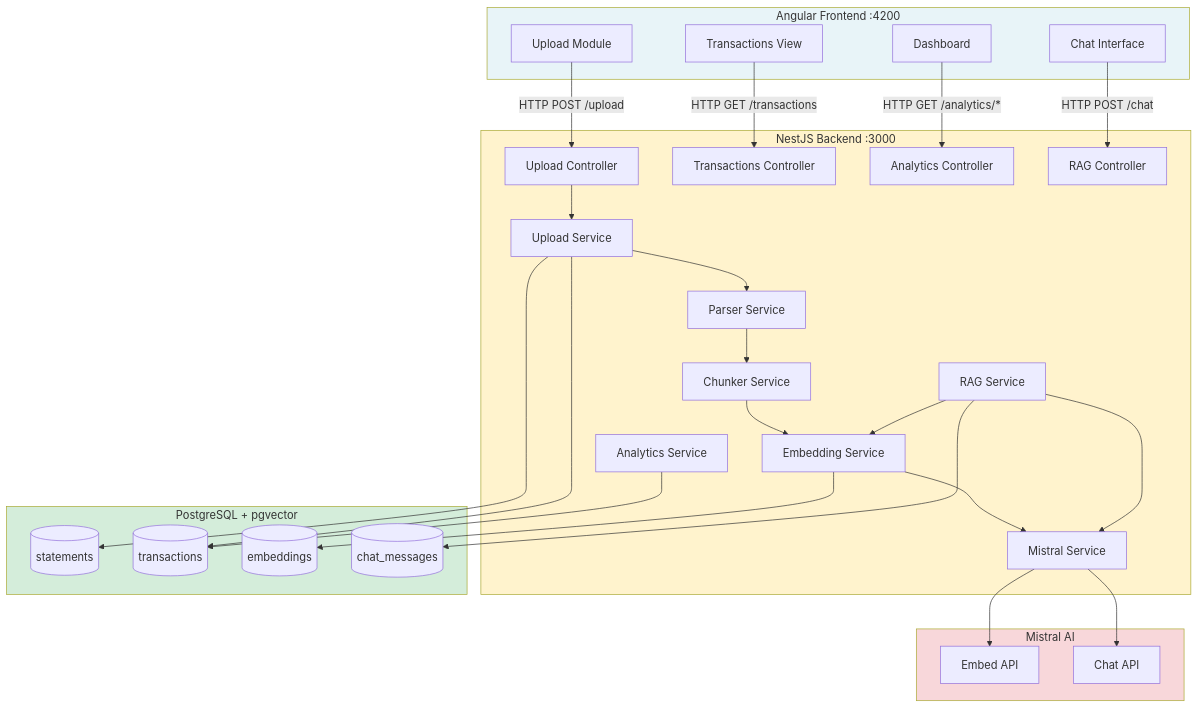
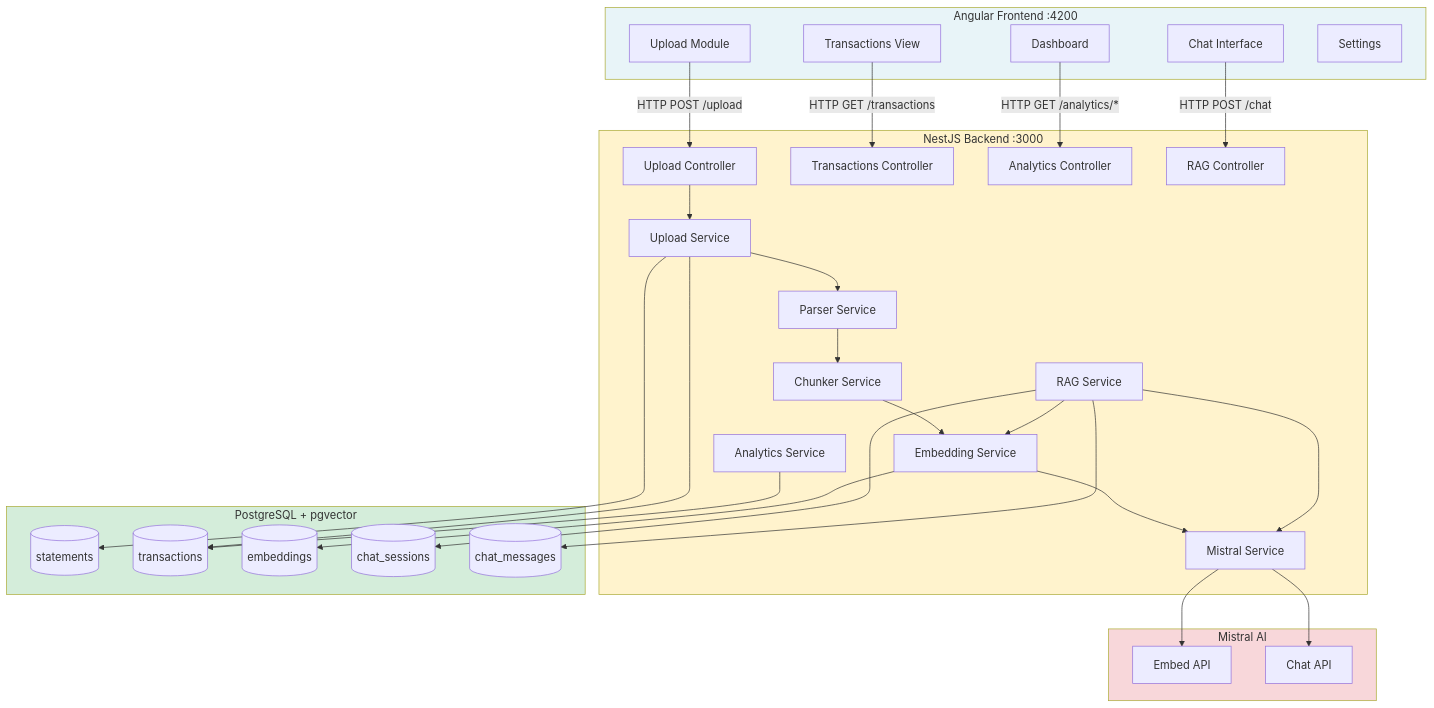
One commit to darth-dodo/ledger changed the first of 7 diagrams in docs/architecture.md. Above: the diagram before and after it, drawn with Mermaid. The commit also changed other lines of this file and 72 other files, not shown here.

````diff
--- a/docs/architecture.md
+++ b/docs/architecture.md
@@ -7,57 +7,60 @@
 ```mermaid
 graph TB
     subgraph Frontend ["Angular Frontend :4200"]
         UP[Upload Module]
         DASH[Dashboard]
         CHAT[Chat Interface]
         TX[Transactions View]
+        SET[Settings]
     end
 
     subgraph Backend ["NestJS Backend :3000"]
         UC[Upload Controller]
         TC[Transactions Controller]
         AC[Analytics Controller]
         RC[RAG Controller]
 
         US[Upload Service]
         PS[Parser Service]
         CS[Chunker Service]
         ES[Embedding Service]
         RS[RAG Service]
         AS[Analytics Service]
         MS[Mistral Service]
     end
 
     subgraph Data ["PostgreSQL + pgvector"]
         ST[(statements)]
         TT[(transactions)]
         EM[(embeddings)]
+        CSS[(chat_sessions)]
         CM[(chat_messages)]
     end
 
     subgraph External ["Mistral AI"]
         ME[Embed API]
         MC[Chat API]
     end
 
     UP -->|HTTP POST /upload| UC
     TX -->|HTTP GET /transactions| TC
     DASH -->|HTTP GET /analytics/*| AC
     CHAT -->|HTTP POST /chat| RC
 
     UC --> US --> PS --> CS --> ES
     ES --> MS --> ME
     RS --> MS --> MC
     RS --> ES
 
     US --> ST
     US --> TT
     ES --> EM
+    RS --> CSS
     RS --> CM
     AS --> TT
 
     style Frontend fill:#e8f4f8
     style Backend fill:#fff3cd
     style Data fill:#d4edda
     style External fill:#f8d7da
 ```
````
